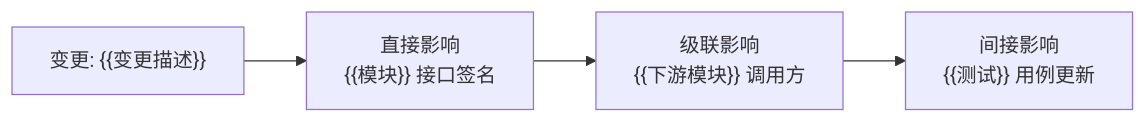
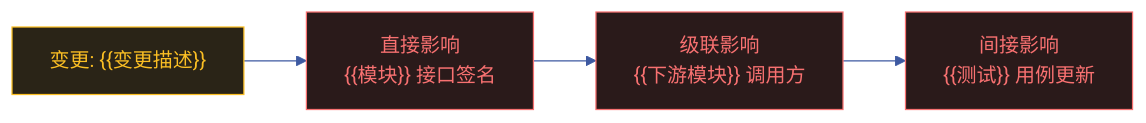
Before and after one commit to effiy/YrY: the second of 3 diagrams in templates/故事任务/场景-4-<slug>.md, drawn with Mermaid. The commit also changed other lines of this file and 11 other files, not shown here.

````diff
--- a/templates/故事任务/场景-4-<slug>.md
+++ b/templates/故事任务/场景-4-<slug>.md
@@ -73,7 +92,17 @@
 ```mermaid
+%%{init: {'theme': 'base', 'themeVariables': {
+  'primaryColor': '#1e1f2b',
+  'primaryTextColor': '#a9b1d6',
+  'primaryBorderColor': '#3d59a1',
+  'lineColor': '#3d59a1',
+  'secondaryColor': '#2b2d3b',
+  'tertiaryColor': '#21232f'
+}}}%%
 flowchart LR
-    CHG["变更: {{变更描述}}"]:::change --> IMP1["直接影响<br/>{{模块}} 接口签名"]:::impact
-    IMP1 --> IMP2["级联影响<br/>{{下游模块}} 调用方"]:::impact
-    IMP2 --> IMP3["间接影响<br/>{{测试}} 用例更新"]:::impact
+    CHG["变更: {{变更描述}}"]:::change --> IMP1["直接影响\n{{模块}} 接口签名"]:::impact
+    IMP1 --> IMP2["级联影响\n{{下游模块}} 调用方"]:::impact
+    IMP2 --> IMP3["间接影响\n{{测试}} 用例更新"]:::impact
 
+    classDef change fill:#2a2417,stroke:#fbbf24,color:#fbbf24
+    classDef impact fill:#2a1a1a,stroke:#f87171,color:#f87171
 ```
````
